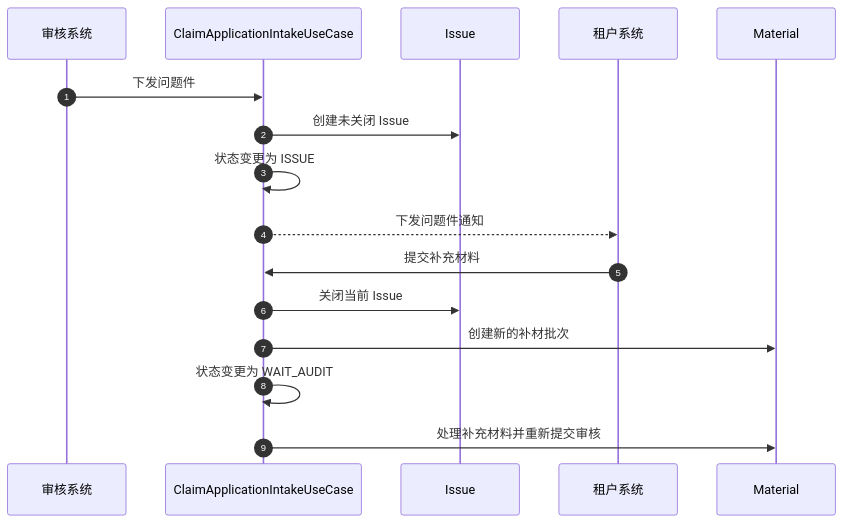
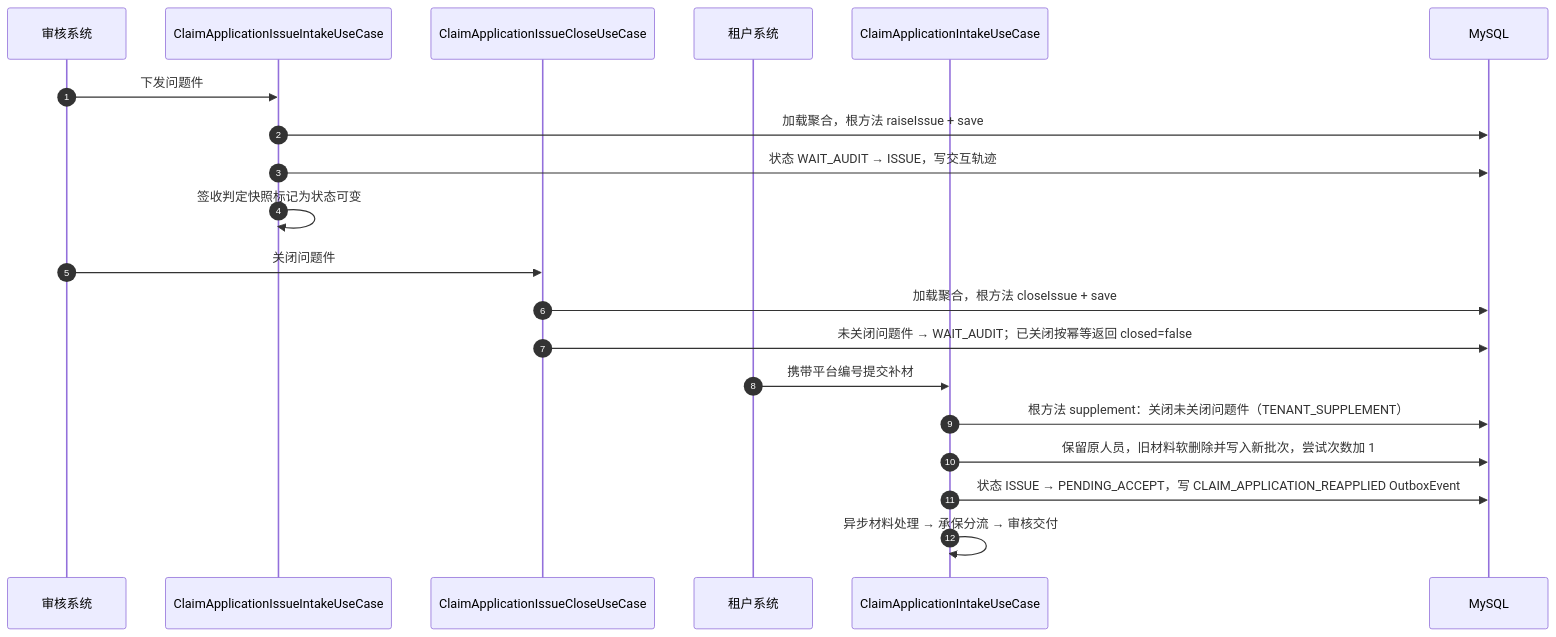
The eighth of 11 diagrams in docs/architecture/claim-application-architecture.md (wangguangwu/claim-integration-platform), drawn with Mermaid before and after one commit. The commit also changed other lines of this file and 118 other files, not shown here.

Commit message:
落地 024 理赔受理聚合根重设计：ClaimApplication 统一收敛材料与问题件，补齐乐观锁与详情读模型

````diff
--- a/docs/architecture/claim-application-architecture.md
+++ b/docs/architecture/claim-application-architecture.md
@@ -359,20 +419,25 @@
 ```mermaid
 sequenceDiagram
     autonumber
     participant A as 审核系统
-    participant U as ClaimApplicationIntakeUseCase
-    participant I as Issue
+    participant U as ClaimApplicationIssueIntakeUseCase
+    participant C as ClaimApplicationIssueCloseUseCase
     participant T as 租户系统
-    participant M as Material
+    participant I as ClaimApplicationIntakeUseCase
+    participant DB as MySQL
 
     A->>U: 下发问题件
-    U->>I: 创建未关闭 Issue
-    U->>U: 状态变更为 ISSUE
-    U-->>T: 下发问题件通知
+    U->>DB: 加载聚合，根方法 raiseIssue + save
+    U->>DB: 状态 WAIT_AUDIT → ISSUE，写交互轨迹
+    U->>U: 签收判定快照标记为状态可变
 
-    T->>U: 提交补充材料
-    U->>I: 关闭当前 Issue
-    U->>M: 创建新的补材批次
-    U->>U: 状态变更为 WAIT_AUDIT
-    U->>M: 处理补充材料并重新提交审核
+    A->>C: 关闭问题件
+    C->>DB: 加载聚合，根方法 closeIssue + save
+    C->>DB: 未关闭问题件 → WAIT_AUDIT；已关闭按幂等返回 closed=false
+
+    T->>I: 携带平台编号提交补材
+    I->>DB: 根方法 supplement：关闭未关闭问题件（TENANT_SUPPLEMENT）
+    I->>DB: 保留原人员，旧材料软删除并写入新批次，尝试次数加 1
+    I->>DB: 状态 ISSUE → PENDING_ACCEPT，写 CLAIM_APPLICATION_REAPPLIED OutboxEvent
+    I->>I: 异步材料处理 → 承保分流 → 审核交付
 ```
````
